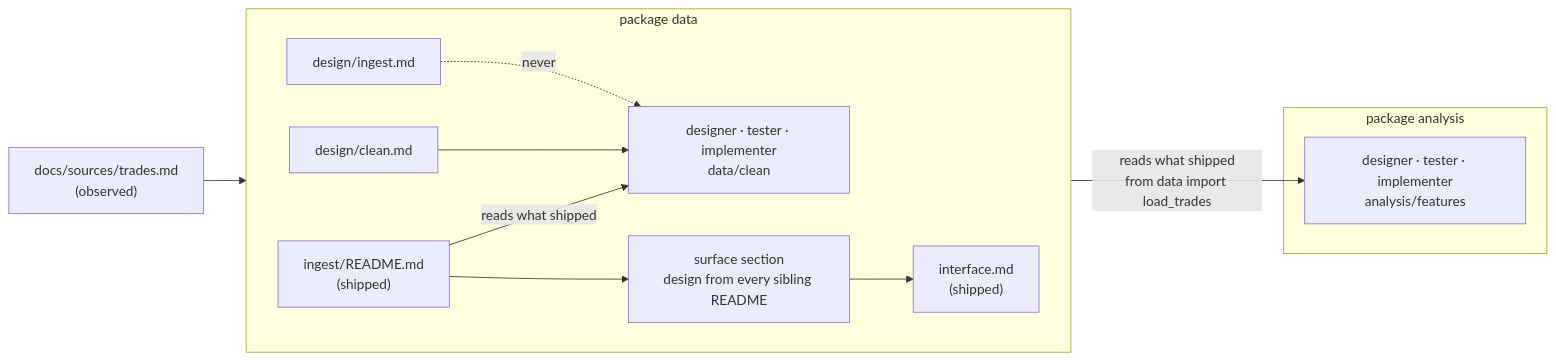
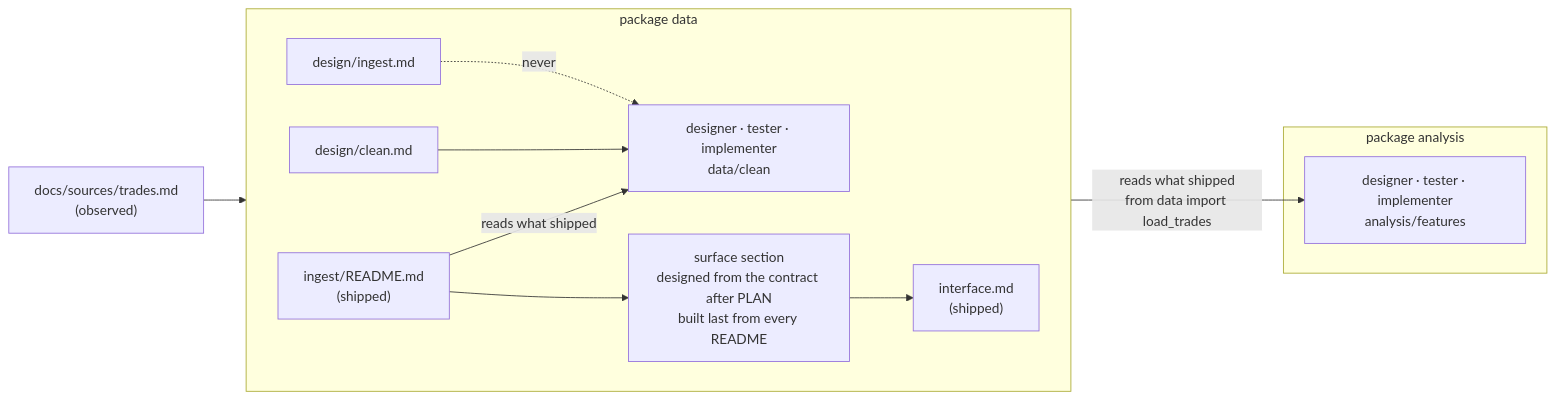
The first of 3 diagrams in dev-team/site/flow.md (cott435/cott-plugins), drawn with Mermaid before and after one commit. The commit also changed other lines of this file and 15 other files, not shown here.

First line of the commit message:
dev-team 2.6-spine (phase 7): README, flow, workflows and changelog for 2.6

````diff
--- a/dev-team/site/flow.md
+++ b/dev-team/site/flow.md
@@ -22,21 +27,21 @@
 ```mermaid
 flowchart LR
   subgraph data["package data"]
     direction LR
     ingD["design/ingest.md"]
     ingR["ingest/README.md<br/>(shipped)"]
     clnD["design/clean.md"]
     cln["designer · tester · implementer<br/>data/clean"]
-    surf["surface section<br/>design from every sibling README"]
+    surf["surface section<br/>designed from the contract after PLAN<br/>built last from every README"]
     iface["interface.md<br/>(shipped)"]
     clnD --> cln
     ingR -- "reads what shipped" --> cln
     ingD -. "never" .-> cln
     ingR --> surf --> iface
   end
   src["docs/sources/trades.md<br/>(observed)"] --> cln
   subgraph analysis["package analysis"]
     feat["designer · tester · implementer<br/>analysis/features"]
   end
   iface -- "reads what shipped<br/>from data import load_trades" --> feat
 ```
````
